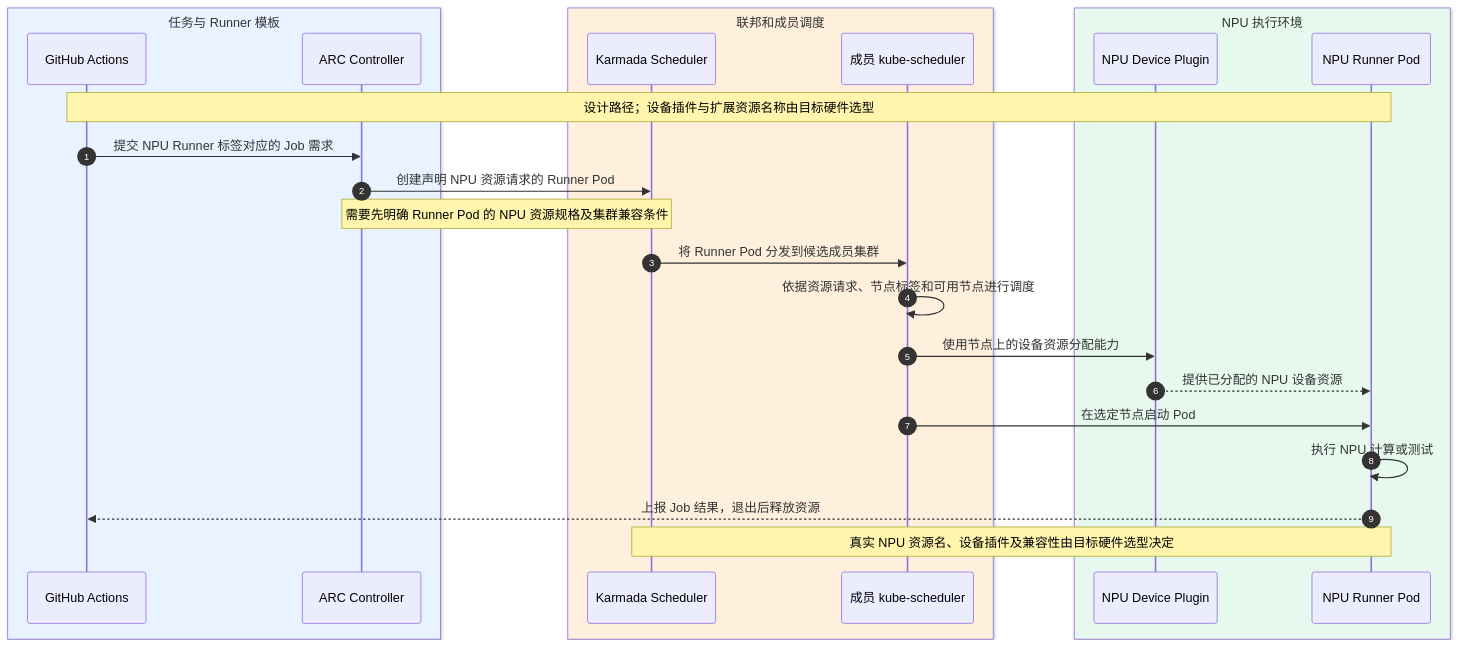
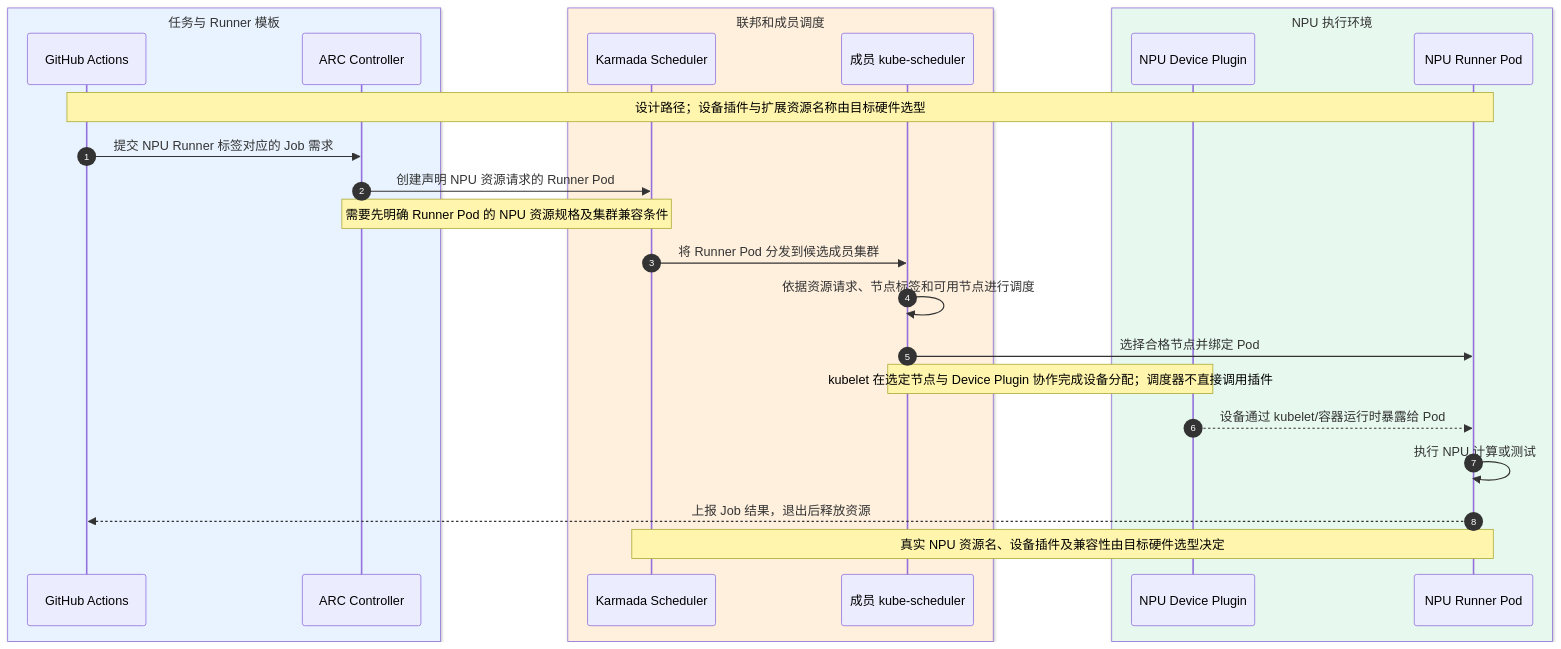
Before and after one commit to pkking/arc-karmada-test: diagram 14 of 15 in docs/ASCEND-CI-FEDERATED-CLUSTER-FUNCTIONAL-DESIGN.md, drawn with Mermaid. The commit also changed other lines of this file and 1 other file, not shown here.

````diff
--- a/docs/ASCEND-CI-FEDERATED-CLUSTER-FUNCTIONAL-DESIGN.md
+++ b/docs/ASCEND-CI-FEDERATED-CLUSTER-FUNCTIONAL-DESIGN.md
@@ -998,29 +1397,29 @@
 ```mermaid
 sequenceDiagram
     autonumber
     box rgb(232,243,255) 任务与 Runner 模板
         participant GH as GitHub Actions
         participant ARC as ARC Controller
     end
     box rgb(255,240,222) 联邦和成员调度
         participant K as Karmada Scheduler
         participant KS as 成员 kube-scheduler
     end
     box rgb(231,249,239) NPU 执行环境
         participant DP as NPU Device Plugin
         participant Pod as NPU Runner Pod
     end
 
     Note over GH,Pod: 设计路径；设备插件与扩展资源名称由目标硬件选型
     GH->>ARC: 提交 NPU Runner 标签对应的 Job 需求
     ARC->>K: 创建声明 NPU 资源请求的 Runner Pod
     Note over ARC,K: 需要先明确 Runner Pod 的 NPU 资源规格及集群兼容条件
     K->>KS: 将 Runner Pod 分发到候选成员集群
     KS->>KS: 依据资源请求、节点标签和可用节点进行调度
-    KS->>DP: 使用节点上的设备资源分配能力
-    DP-->>Pod: 提供已分配的 NPU 设备资源
-    KS->>Pod: 在选定节点启动 Pod
+    KS->>Pod: 选择合格节点并绑定 Pod
+    Note over KS,DP: kubelet 在选定节点与 Device Plugin 协作完成设备分配；调度器不直接调用插件
+    DP-->>Pod: 设备通过 kubelet/容器运行时暴露给 Pod
     Pod->>Pod: 执行 NPU 计算或测试
     Pod-->>GH: 上报 Job 结果，退出后释放资源
     Note over K,Pod: 真实 NPU 资源名、设备插件及兼容性由目标硬件选型决定
 ```
````
